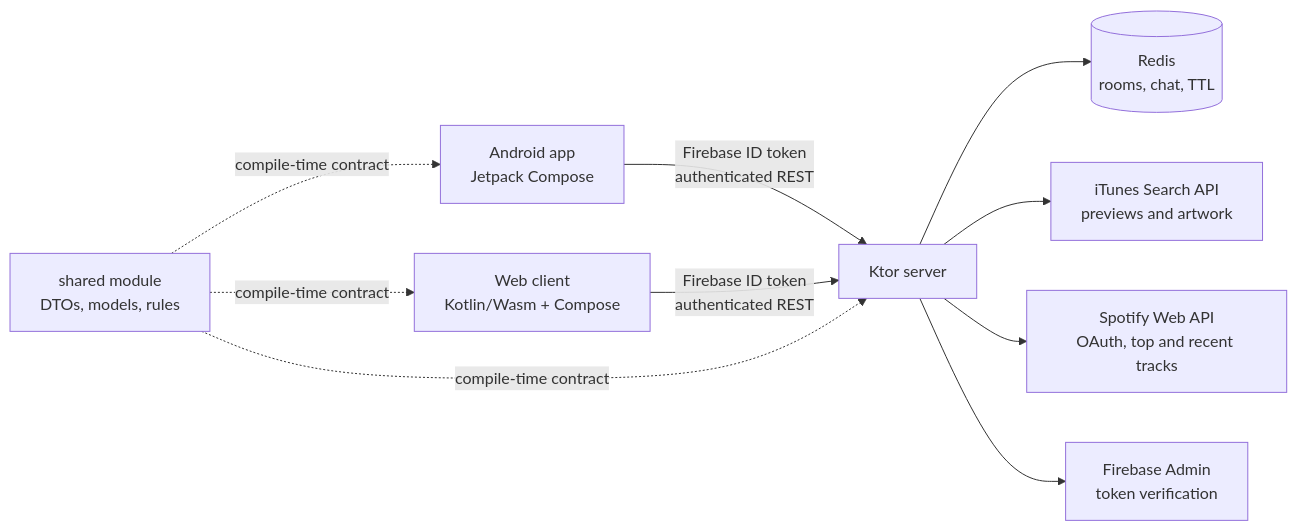
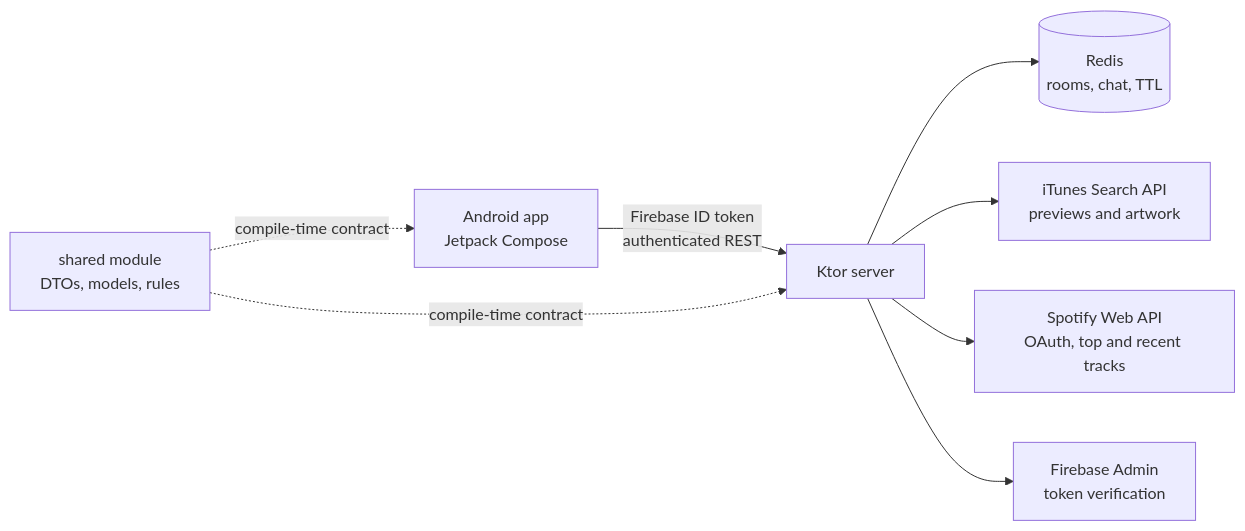
One commit to Om-Anand-1208/Guess-Whose-Song changed the diagram in README.md. Above: the diagram before and after it, drawn with Mermaid. The commit also changed other lines of this file and 39 other files, not shown here.

Commit message:
Remove web client and route room links to Android

````diff
--- a/README.md
+++ b/README.md
@@ -19,12 +19,10 @@
 ```mermaid
 flowchart LR
     A[Android app<br/>Jetpack Compose] -->|Firebase ID token<br/>authenticated REST| S[Ktor server]
-    W[Web client<br/>Kotlin/Wasm + Compose] -->|Firebase ID token<br/>authenticated REST| S
     S --> R[(Redis<br/>rooms, chat, TTL)]
     S --> I[iTunes Search API<br/>previews and artwork]
     S --> P[Spotify Web API<br/>OAuth, top and recent tracks]
     S --> F[Firebase Admin<br/>token verification]
     C[shared module<br/>DTOs, models, rules] -. compile-time contract .-> A
-    C -. compile-time contract .-> W
     C -. compile-time contract .-> S
 ```
````
